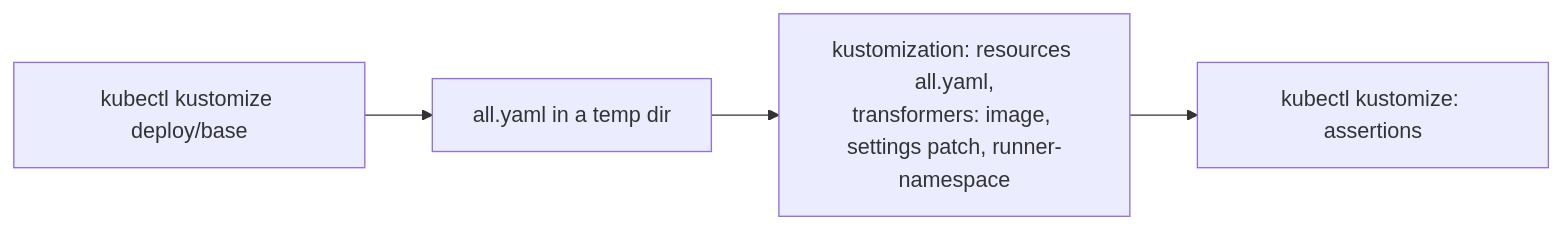
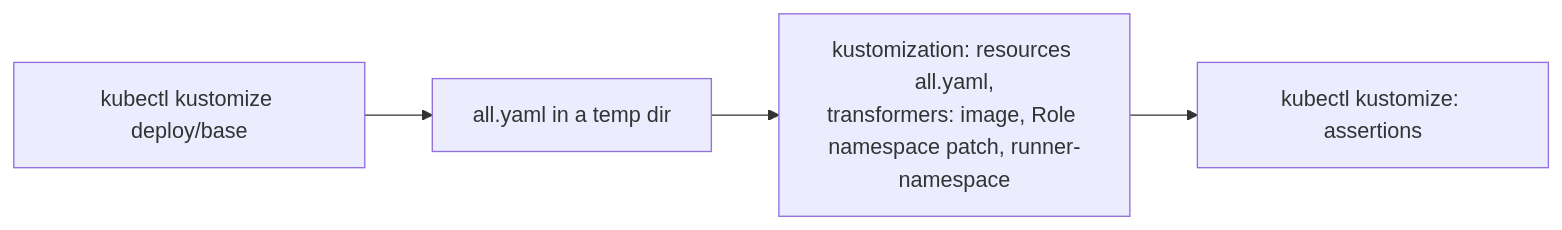
One commit to ivanvc/turnip changed the diagram in openspec/changes/fix-single-config-surface/design.md. Above: the diagram before and after it, drawn with Mermaid. The commit also changed other lines of this file and 29 other files, not shown here.

````diff
--- a/openspec/changes/fix-single-config-surface/design.md
+++ b/openspec/changes/fix-single-config-surface/design.md
@@ -148,6 +164,6 @@
 ```mermaid
 flowchart LR
   B["kubectl kustomize deploy/base"] --> F["all.yaml in a temp dir"]
-  F --> K["kustomization: resources all.yaml,<br/>transformers: image, settings patch, runner-namespace"]
+  F --> K["kustomization: resources all.yaml,<br/>transformers: image, Role namespace patch, runner-namespace"]
   K --> R["kubectl kustomize: assertions"]
 ```
````
